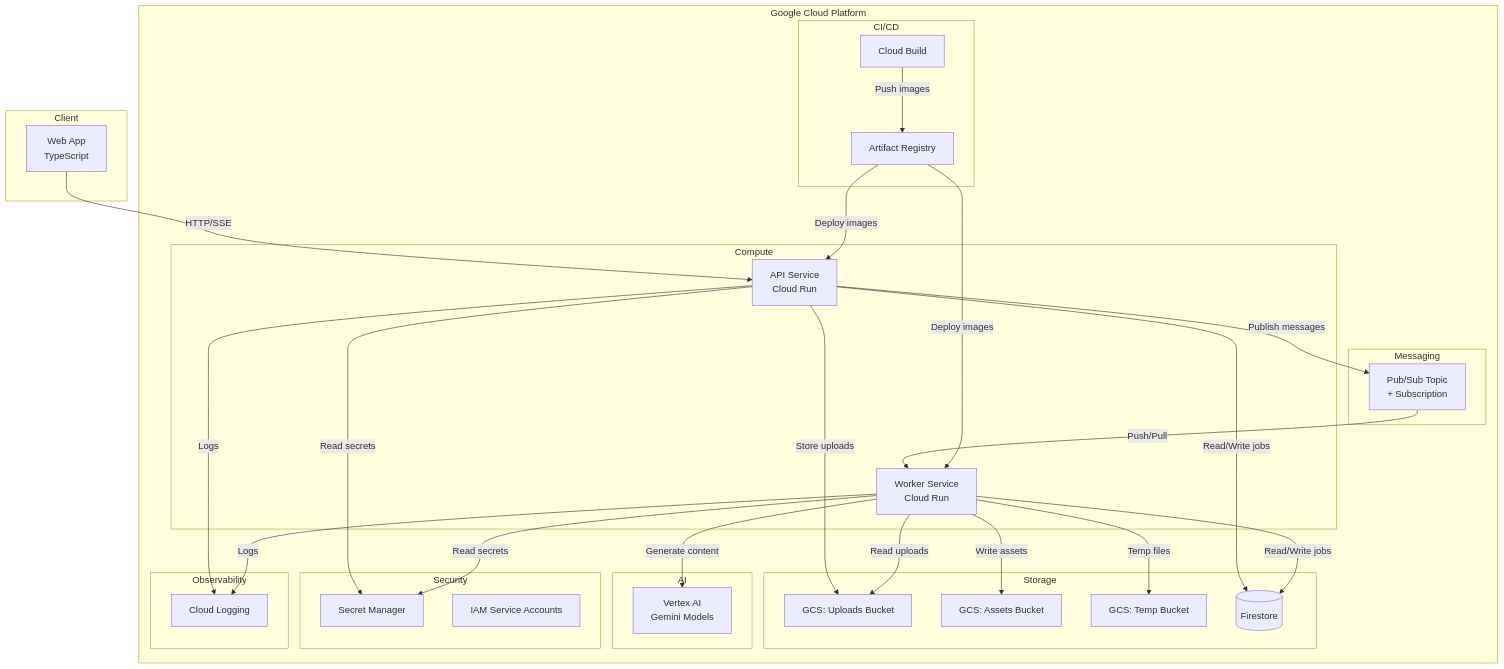
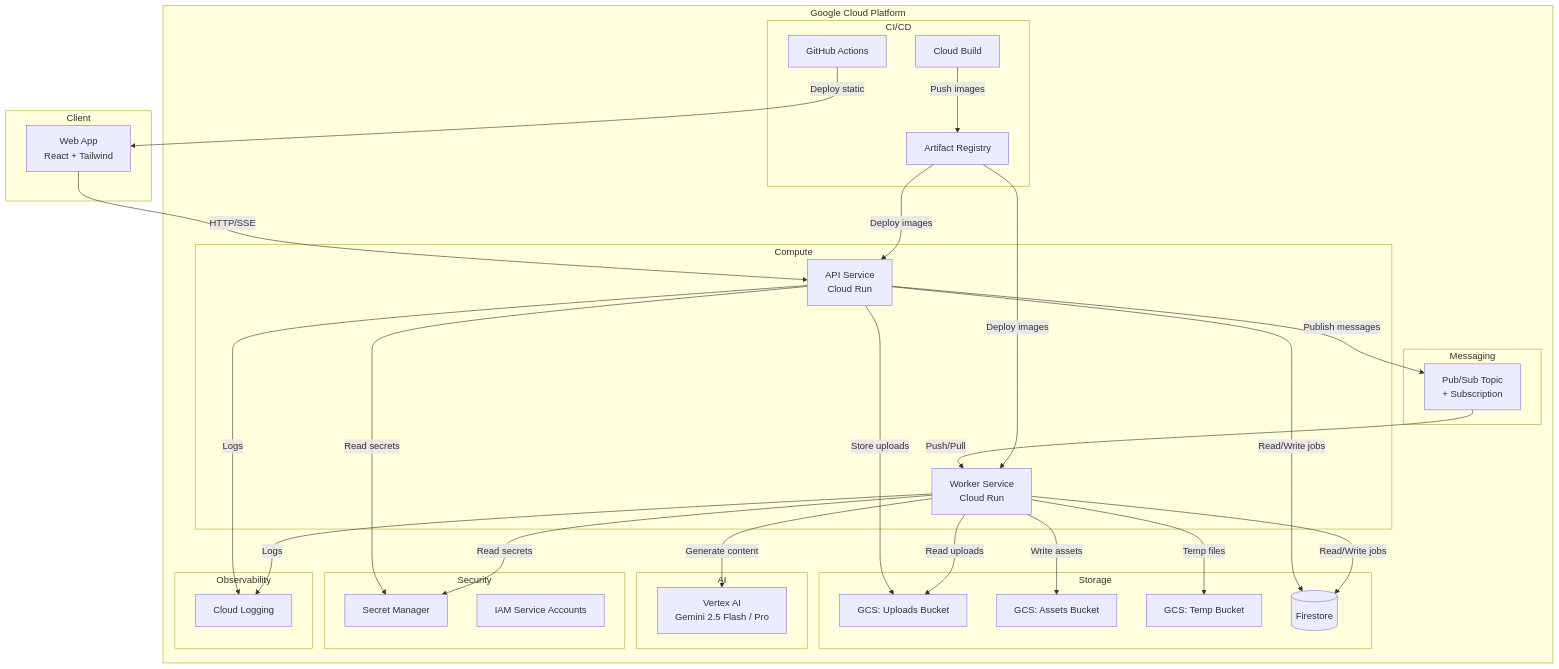
Before and after one commit to Golden007-prog/Content-Storyteller: the diagram in README.md, drawn with Mermaid. The commit also changed other lines of this file and 55 other files, not shown here.

````diff
--- a/README.md
+++ b/README.md
@@ -7,60 +7,62 @@
 ```mermaid
 graph TB
     subgraph "Client"
-        WEB[Web App<br/>TypeScript]
+        WEB[Web App<br/>React + Tailwind]
     end
 
     subgraph "Google Cloud Platform"
         subgraph "Compute"
             API[API Service<br/>Cloud Run]
             WORKER[Worker Service<br/>Cloud Run]
         end
 
         subgraph "Storage"
             GCS_UPLOAD[GCS: Uploads Bucket]
             GCS_ASSETS[GCS: Assets Bucket]
             GCS_TEMP[GCS: Temp Bucket]
             FS[(Firestore)]
         end
 
         subgraph "Messaging"
             PUBSUB[Pub/Sub Topic<br/>+ Subscription]
         end
 
         subgraph "AI"
-            VERTEX[Vertex AI<br/>Gemini Models]
+            VERTEX[Vertex AI<br/>Gemini 2.5 Flash / Pro]
         end
 
         subgraph "Security"
             SM[Secret Manager]
             IAM[IAM Service Accounts]
         end
 
         subgraph "CI/CD"
             AR[Artifact Registry]
             CB[Cloud Build]
+            GH[GitHub Actions]
         end
 
         subgraph "Observability"
             CL[Cloud Logging]
         end
     end
 
     WEB -->|HTTP/SSE| API
     API -->|Store uploads| GCS_UPLOAD
     API -->|Read/Write jobs| FS
     API -->|Publish messages| PUBSUB
     PUBSUB -->|Push/Pull| WORKER
     WORKER -->|Read uploads| GCS_UPLOAD
     WORKER -->|Write assets| GCS_ASSETS
     WORKER -->|Temp files| GCS_TEMP
     WORKER -->|Read/Write jobs| FS
     WORKER -->|Generate content| VERTEX
     API -->|Read secrets| SM
     WORKER -->|Read secrets| SM
     API -->|Logs| CL
     WORKER -->|Logs| CL
     CB -->|Push images| AR
     AR -->|Deploy images| API
     AR -->|Deploy images| WORKER
+    GH -->|Deploy static| WEB
 ```
````
